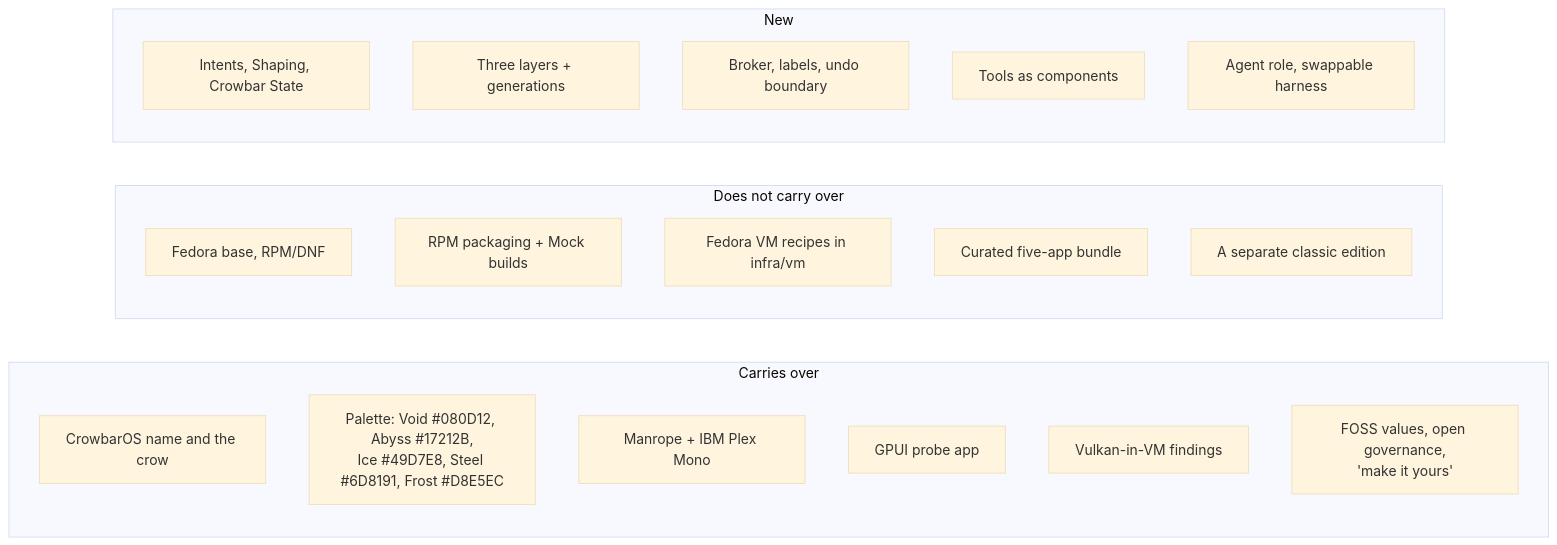
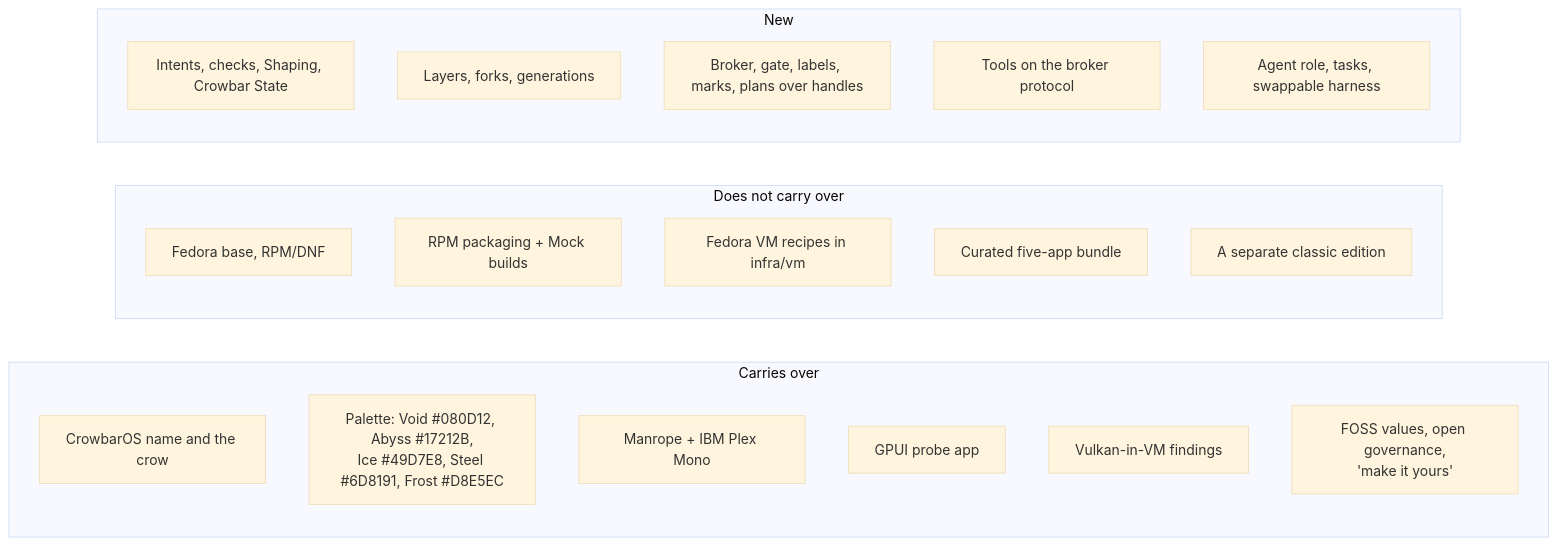
One commit to crowbaros/crowbaros changed the fourth of 5 diagrams in docs/agent-first/VISION.md. Above: the diagram before and after it, drawn with Mermaid (base theme). The commit also changed other lines of this file and 25 other files, not shown here.

````diff
--- a/docs/agent-first/VISION.md
+++ b/docs/agent-first/VISION.md
@@ -334,25 +592,25 @@
 ```mermaid
 flowchart LR
     subgraph KEEP["Carries over"]
         k1[CrowbarOS name and the crow]
         k2["Palette: Void #080D12, Abyss #17212B,<br/>Ice #49D7E8, Steel #6D8191, Frost #D8E5EC"]
         k3[Manrope + IBM Plex Mono]
         k4[GPUI probe app]
         k5[Vulkan-in-VM findings]
         k6[FOSS values, open governance,<br/>'make it yours']
     end
     subgraph DROP["Does not carry over"]
         d1[Fedora base, RPM/DNF]
         d2[RPM packaging + Mock builds]
         d3[Fedora VM recipes in infra/vm]
         d4[Curated five-app bundle]
         d5[A separate classic edition]
     end
     subgraph NEWX["New"]
-        n1[Intents, Shaping, Crowbar State]
-        n2[Three layers + generations]
-        n3[Broker, labels, undo boundary]
-        n4[Tools as components]
-        n5[Agent role, swappable harness]
+        n1[Intents, checks, Shaping, Crowbar State]
+        n2[Layers, forks, generations]
+        n3[Broker, gate, labels, marks, plans over handles]
+        n4[Tools on the broker protocol]
+        n5[Agent role, tasks, swappable harness]
     end
 ```
````
